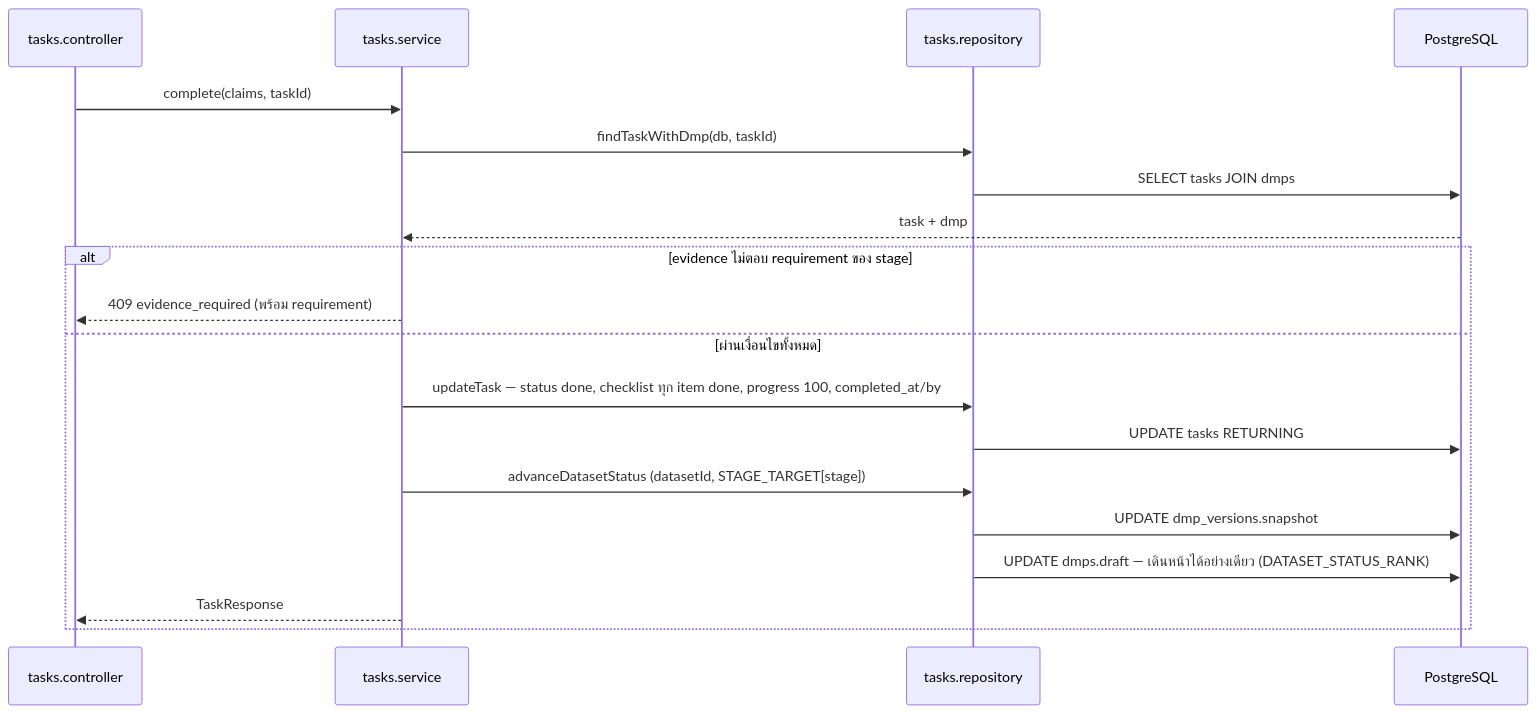
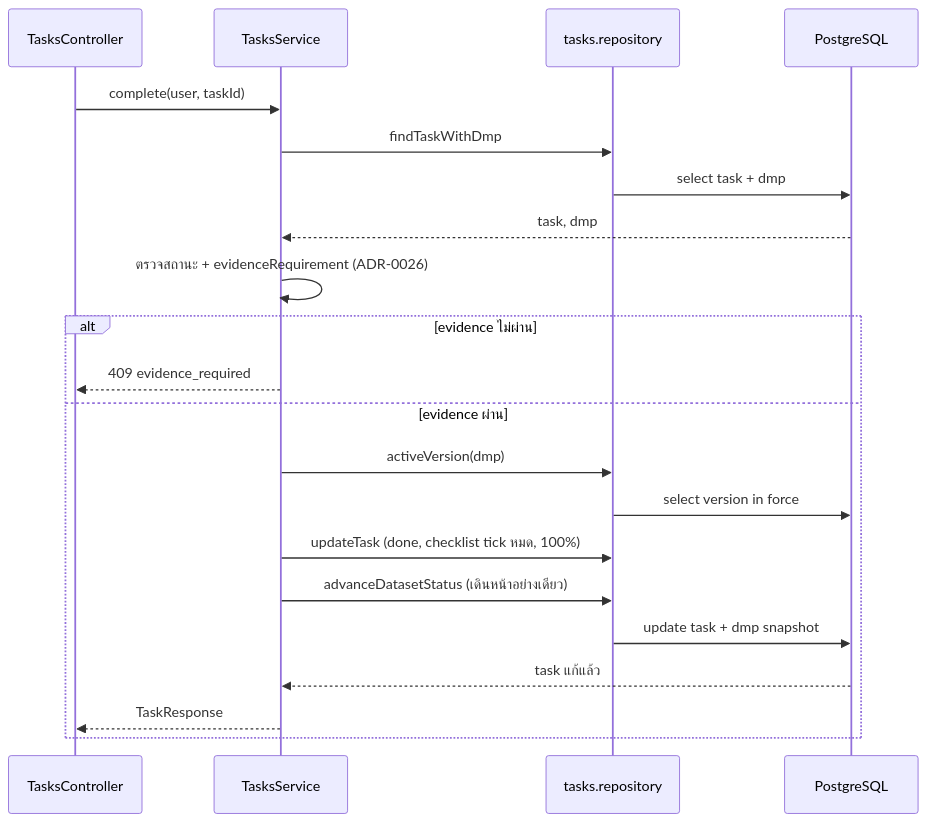
The second of 2 diagrams in src/features/tasks/README.md (Open-Science-and-Data-management/Backend), drawn with Mermaid before and after one commit. The commit also changed other lines of this file and 22 other files, not shown here.

Commit message:
chore(wip): FF2569 form-aware ingestion — plan, spec, research, template schema, OOXML extractor, fixture, jszip dep (pre-implementation baseline)

````diff
--- a/src/features/tasks/README.md
+++ b/src/features/tasks/README.md
@@ -175,21 +133,23 @@
 ```mermaid
 sequenceDiagram
-    participant C as tasks.controller
-    participant S as tasks.service
+    participant C as TasksController
+    participant S as TasksService
     participant R as tasks.repository
-    participant PG as PostgreSQL
-    C->>S: complete(claims, taskId)
-    S->>R: findTaskWithDmp(db, taskId)
-    R->>PG: SELECT tasks JOIN dmps
-    PG-->>S: task + dmp
-    alt evidence ไม่ตอบ requirement ของ stage
-        S-->>C: 409 evidence_required (พร้อม requirement)
-    else ผ่านเงื่อนไขทั้งหมด
-        S->>R: updateTask — status done, checklist ทุก item done, progress 100, completed_at/by
-        R->>PG: UPDATE tasks RETURNING
-        S->>R: advanceDatasetStatus (datasetId, STAGE_TARGET[stage])
-        R->>PG: UPDATE dmp_versions.snapshot
-        R->>PG: UPDATE dmps.draft — เดินหน้าได้อย่างเดียว (DATASET_STATUS_RANK)
+    participant DB as PostgreSQL
+    C->>S: complete(user, taskId)
+    S->>R: findTaskWithDmp
+    R->>DB: select task + dmp
+    DB-->>S: task, dmp
+    S->>S: ตรวจสถานะ + evidenceRequirement (ADR-0026)
+    alt evidence ไม่ผ่าน
+        S-->>C: 409 evidence_required
+    else evidence ผ่าน
+        S->>R: activeVersion(dmp)
+        R->>DB: select version in force
+        S->>R: updateTask (done, checklist tick หมด, 100%)
+        S->>R: advanceDatasetStatus (เดินหน้าอย่างเดียว)
+        R->>DB: update task + dmp snapshot
+        DB-->>S: task แก้แล้ว
         S-->>C: TaskResponse
     end
 ```
````
